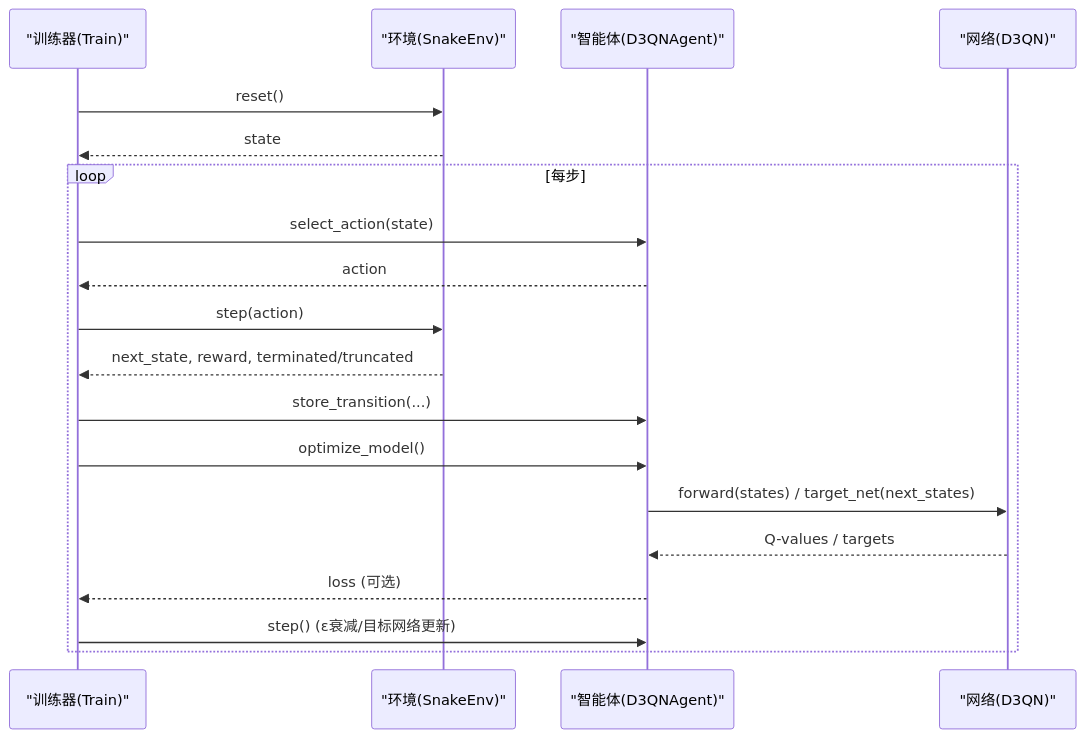
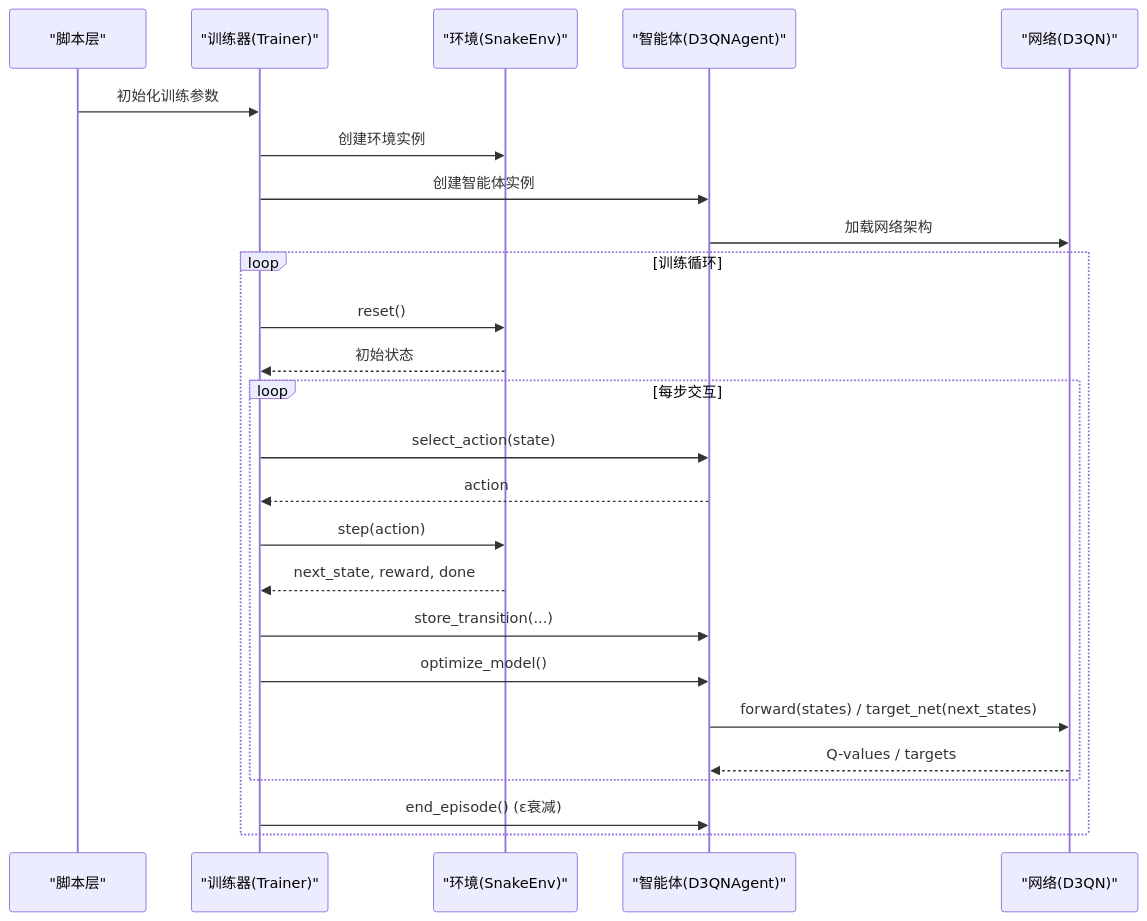
Before and after one commit to fuweiq94-cloud/3399180760000: the second of 3 diagrams in .qoder/repowiki/zh/content/项目概述/项目概述.md, drawn with Mermaid. The commit also changed other lines of this file and 75 other files, not shown here.

````diff
--- a/.qoder/repowiki/zh/content/项目概述/项目概述.md
+++ b/.qoder/repowiki/zh/content/项目概述/项目概述.md
@@ -95,21 +95,27 @@
 ```mermaid
 sequenceDiagram
-participant T as "训练器(Train)"
+participant S as "脚本层"
+participant T as "训练器(Trainer)"
 participant E as "环境(SnakeEnv)"
 participant A as "智能体(D3QNAgent)"
 participant N as "网络(D3QN)"
+S->>T : 初始化训练参数
+T->>E : 创建环境实例
+T->>A : 创建智能体实例
+A->>N : 加载网络架构
+loop 训练循环
 T->>E : reset()
-E-->>T : state
-loop 每步
+E-->>T : 初始状态
+loop 每步交互
 T->>A : select_action(state)
 A-->>T : action
 T->>E : step(action)
-E-->>T : next_state, reward, terminated/truncated
+E-->>T : next_state, reward, done
 T->>A : store_transition(...)
 T->>A : optimize_model()
 A->>N : forward(states) / target_net(next_states)
 N-->>A : Q-values / targets
-A-->>T : loss (可选)
-T->>A : step() (ε衰减/目标网络更新)
+end
+T->>A : end_episode() (ε衰减)
 end
 ```
````
